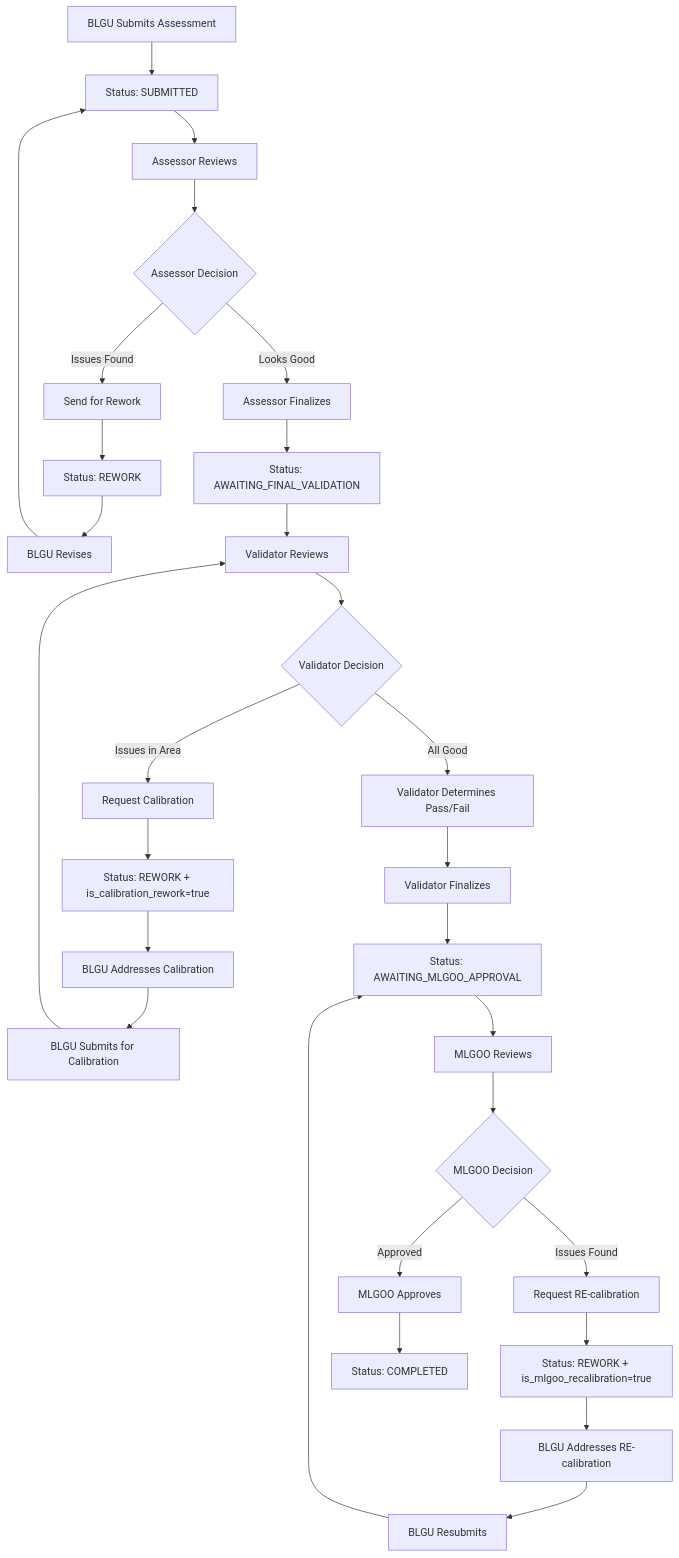
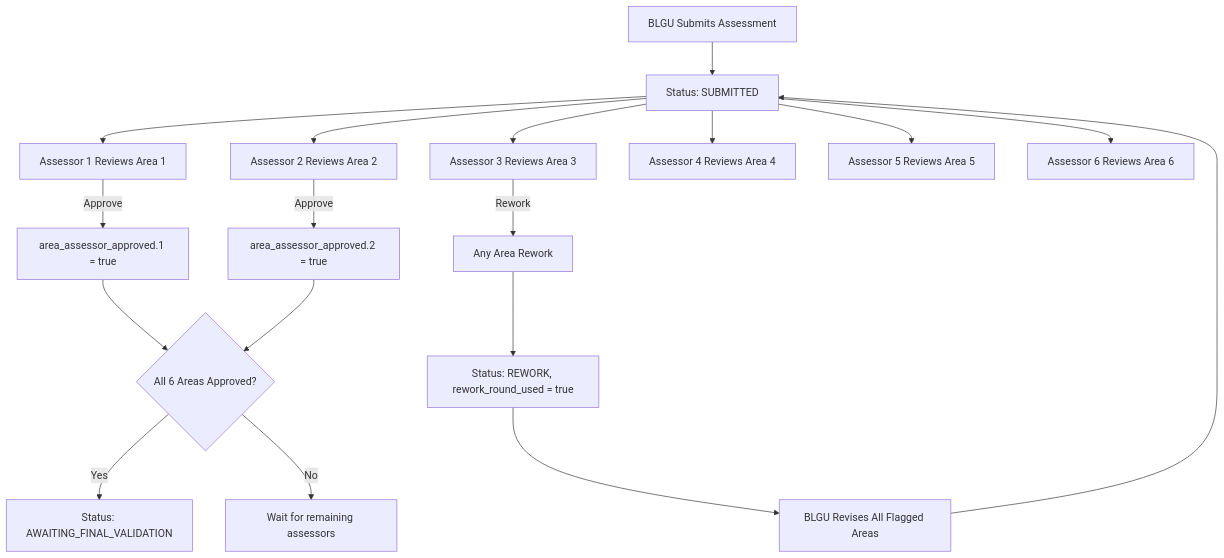
The first of 2 diagrams in docs/workflows/assessor-validation.md (generyand/sinag), drawn with Mermaid before and after one commit. The commit also changed other lines of this file and 3 other files, not shown here.

First line of the commit message:
docs(workflow): update assessor/validator workflow documentation

````diff
--- a/docs/workflows/assessor-validation.md
+++ b/docs/workflows/assessor-validation.md
@@ -47,31 +52,19 @@
 ```mermaid
 graph TD
     A[BLGU Submits Assessment] --> B[Status: SUBMITTED]
-    B --> C[Assessor Reviews]
-    C --> D{Assessor Decision}
-    D -->|Issues Found| E[Send for Rework]
-    E --> F[Status: REWORK]
-    F --> G[BLGU Revises]
+    B --> C1[Assessor 1 Reviews Area 1]
+    B --> C2[Assessor 2 Reviews Area 2]
+    B --> C3[Assessor 3 Reviews Area 3]
+    B --> C4[Assessor 4 Reviews Area 4]
+    B --> C5[Assessor 5 Reviews Area 5]
+    B --> C6[Assessor 6 Reviews Area 6]
+    C1 -->|Approve| D1[area_assessor_approved.1 = true]
+    C2 -->|Approve| D2[area_assessor_approved.2 = true]
+    C3 -->|Rework| E[Any Area Rework]
+    E --> F[Status: REWORK, rework_round_used = true]
+    F --> G[BLGU Revises All Flagged Areas]
     G --> B
-    D -->|Looks Good| H[Assessor Finalizes]
-    H --> I[Status: AWAITING_FINAL_VALIDATION]
-    I --> J[Validator Reviews]
-    J --> K{Validator Decision}
-    K -->|Issues in Area| L[Request Calibration]
-    L --> M[Status: REWORK + is_calibration_rework=true]
-    M --> N[BLGU Addresses Calibration]
-    N --> O[BLGU Submits for Calibration]
-    O --> J
-    K -->|All Good| P[Validator Determines Pass/Fail]
-    P --> Q[Validator Finalizes]
-    Q --> R[Status: AWAITING_MLGOO_APPROVAL]
-    R --> S[MLGOO Reviews]
-    S --> T{MLGOO Decision}
-    T -->|Issues Found| U[Request RE-calibration]
-    U --> V[Status: REWORK + is_mlgoo_recalibration=true]
-    V --> W[BLGU Addresses RE-calibration]
-    W --> X[BLGU Resubmits]
-    X --> R
-    T -->|Approved| Y[MLGOO Approves]
-    Y --> Z[Status: COMPLETED]
+    D1 & D2 --> H{All 6 Areas Approved?}
+    H -->|Yes| I[Status: AWAITING_FINAL_VALIDATION]
+    H -->|No| J[Wait for remaining assessors]
 ```
````
